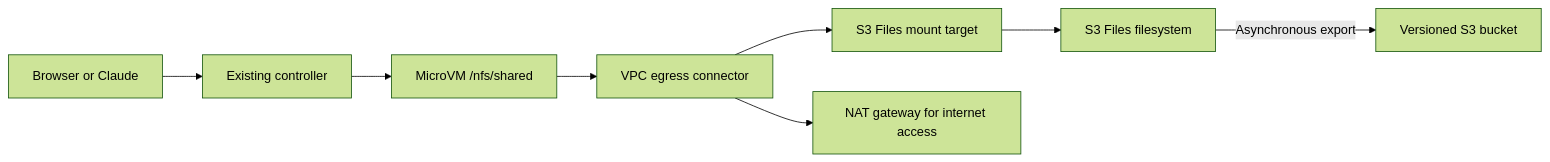
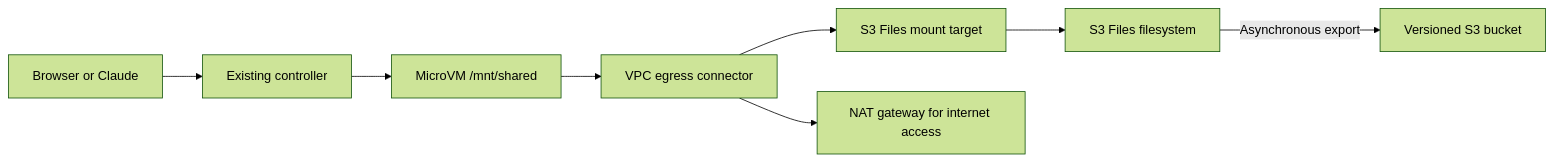
One commit to mamonaco1973/aws-lambda-microvms changed the diagram in STORAGE.md. Above: the diagram before and after it, drawn with Mermaid (forest theme). The commit also changed other lines of this file and 3 other files, not shown here.

````diff
--- a/STORAGE.md
+++ b/STORAGE.md
@@ -7,10 +7,10 @@
 ```mermaid
 flowchart LR
     Browser[Browser or Claude] --> API[Existing controller]
-    API --> VM[MicroVM /nfs/shared]
+    API --> VM[MicroVM /mnt/shared]
     VM --> Connector[VPC egress connector]
     Connector --> NFS[S3 Files mount target]
     NFS --> FS[S3 Files filesystem]
     FS -->|Asynchronous export| S3[Versioned S3 bucket]
     Connector --> NAT[NAT gateway for internet access]
 ```
````
